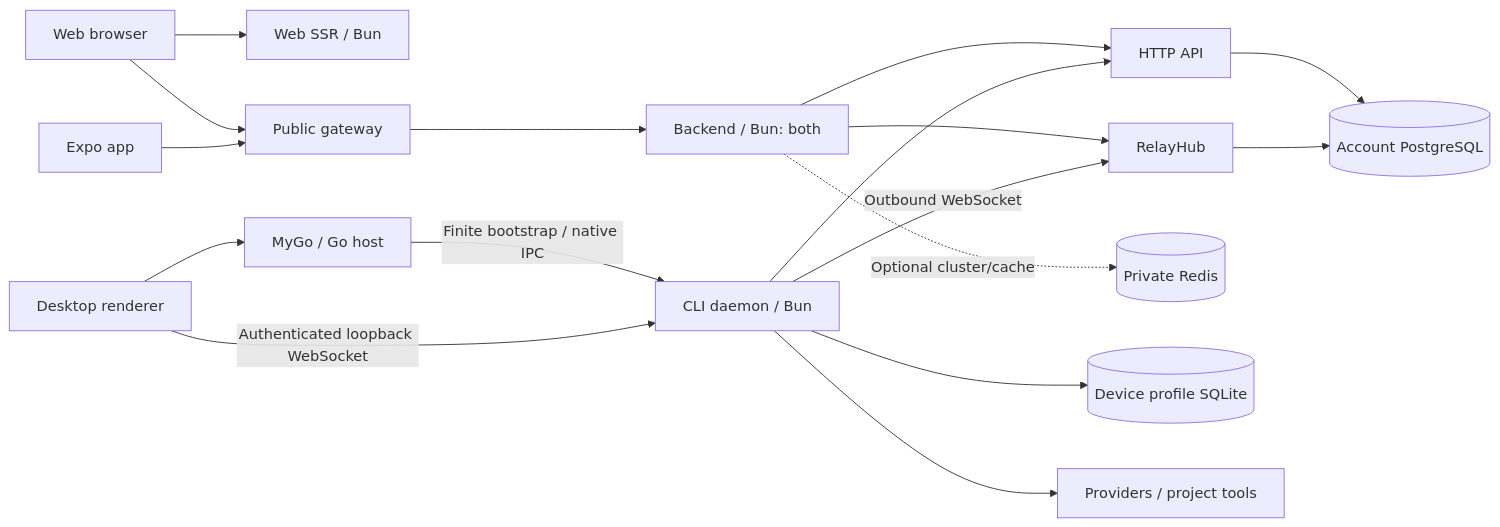
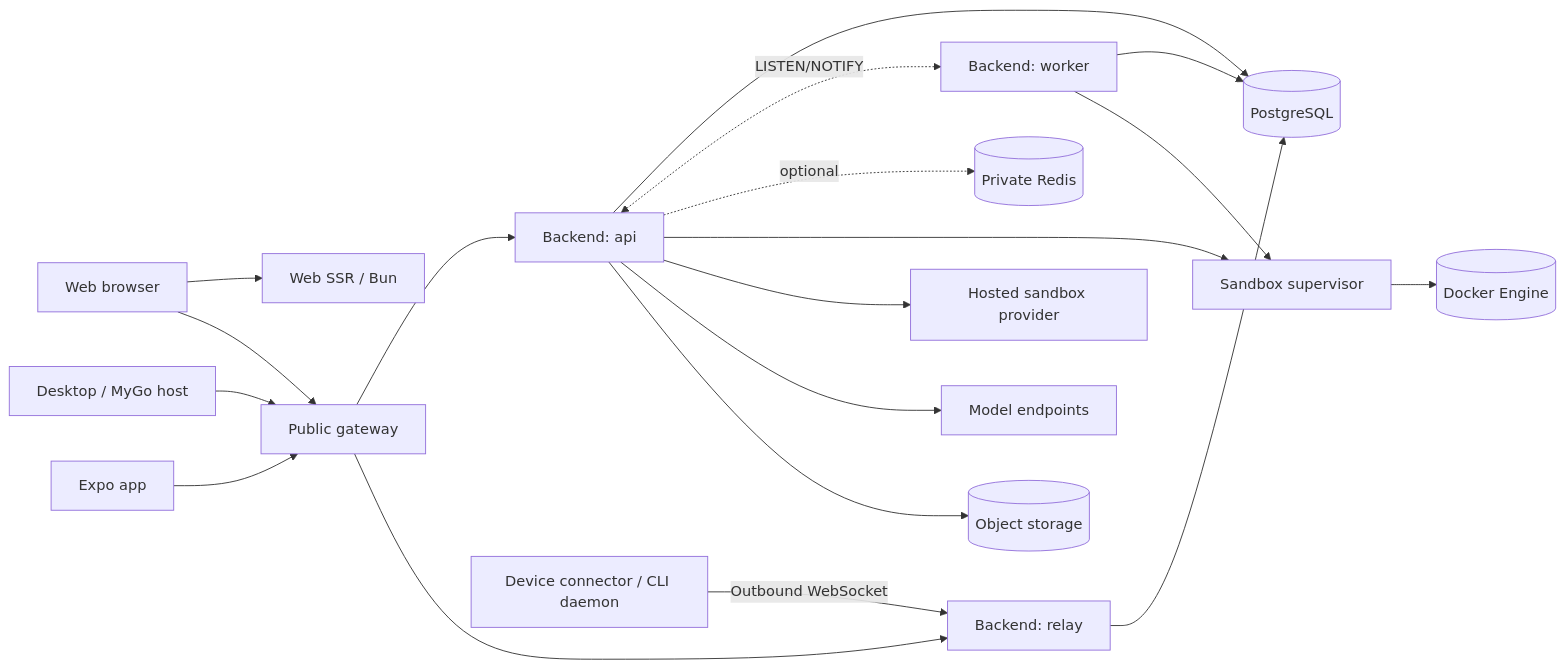
The diagram in docs/architecture/README.md (raypx/raypx), drawn with Mermaid before and after one commit. The commit also changed other lines of this file and 35 other files, not shown here.

First line of the commit message:
docs(architecture)!: replace the architecture with the server-owned platform

````diff
--- a/docs/architecture/README.md
+++ b/docs/architecture/README.md
@@ -12,19 +35,21 @@
 ```mermaid
 flowchart LR
   Browser[Web browser] --> Web[Web SSR / Bun]
   Browser --> Gateway[Public gateway]
+  Desktop[Desktop / MyGo host] --> Gateway
   Mobile[Expo app] --> Gateway
-  Gateway --> Backend[Backend / Bun: both]
-  Backend --> API[HTTP API]
-  Backend --> Relay[RelayHub]
-  API --> PG[(Account PostgreSQL)]
+  Gateway --> API[Backend: api]
+  Gateway --> Relay[Backend: relay]
+  API --> PG[(PostgreSQL)]
+  Worker[Backend: worker] --> PG
   Relay --> PG
-  Backend -. Optional cluster/cache .-> Redis[(Private Redis)]
-  Renderer[Desktop renderer] --> Native[MyGo / Go host]
-  Native -->|Finite bootstrap / native IPC| Daemon[CLI daemon / Bun]
-  Renderer -->|Authenticated loopback WebSocket| Daemon
-  Daemon --> API
-  Daemon -->|Outbound WebSocket| Relay
-  Daemon --> SQLite[(Device profile SQLite)]
-  Daemon --> Tools[Providers / project tools]
+  API <-. LISTEN/NOTIFY .-> Worker
+  API -. optional .-> Redis[(Private Redis)]
+  API --> Supervisor[Sandbox supervisor]
+  Worker --> Supervisor
+  Supervisor --> Docker[(Docker Engine)]
+  API --> Hosted[Hosted sandbox provider]
+  Connector[Device connector / CLI daemon] -->|Outbound WebSocket| Relay
+  API --> Models[Model endpoints]
+  API --> Storage[(Object storage)]
 ```
````
